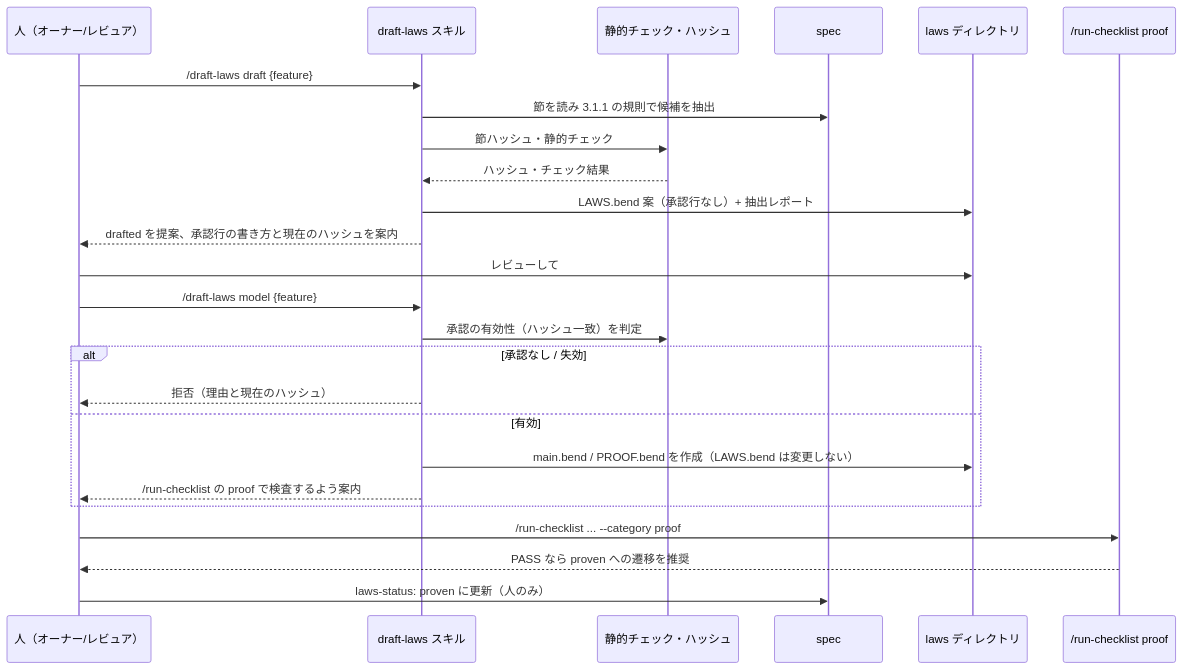
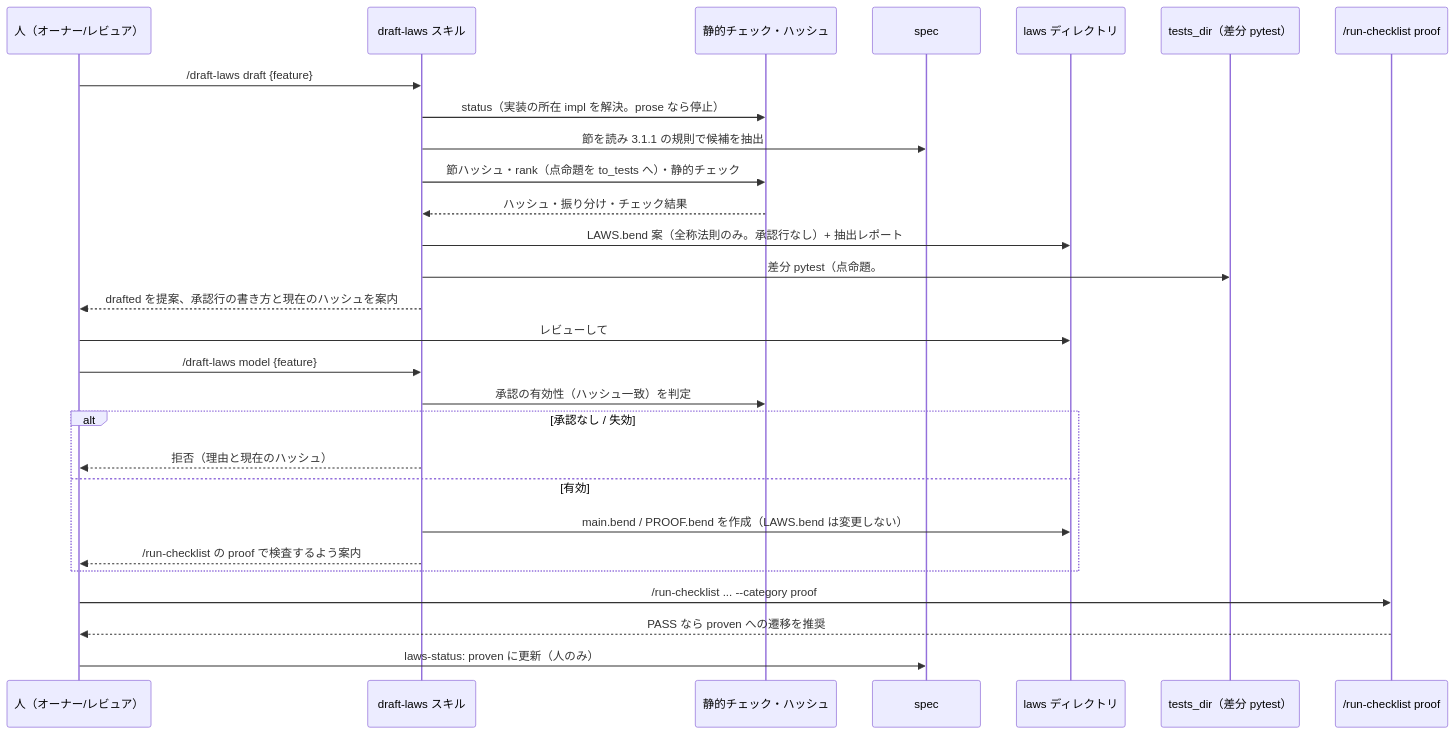
Before and after one commit to ToshikiImagawa/ai-sdd-workflow-dev: the diagram in .sdd/specification/task-implementation/laws-drafting_spec.md, drawn with Mermaid. The commit also changed other lines of this file and 27 other files, not shown here.

First line of the commit message:
[add] 点命題を差分 pytest に回し、prose 実装の spec を法則化から外す (#219)

````diff
--- a/.sdd/specification/task-implementation/laws-drafting_spec.md
+++ b/.sdd/specification/task-implementation/laws-drafting_spec.md
@@ -254,28 +321,31 @@
 ```mermaid
 sequenceDiagram
     participant Human as 人（オーナー/レビュア）
     participant Skill as draft-laws スキル
     participant Script as 静的チェック・ハッシュ
     participant Spec as spec
     participant Laws as laws ディレクトリ
+    participant Tests as tests_dir（差分 pytest）
     participant Gate as /run-checklist proof
 
     Human ->> Skill: /draft-laws draft {feature}
+    Skill ->> Script: status（実装の所在 impl を解決。prose なら停止）
     Skill ->> Spec: 節を読み 3.1.1 の規則で候補を抽出
-    Skill ->> Script: 節ハッシュ・静的チェック
-    Script -->> Skill: ハッシュ・チェック結果
-    Skill ->> Laws: LAWS.bend 案（承認行なし）+ 抽出レポート
+    Skill ->> Script: 節ハッシュ・rank（点命題を to_tests へ）・静的チェック
+    Script -->> Skill: ハッシュ・振り分け・チェック結果
+    Skill ->> Laws: LAWS.bend 案（全称法則のみ。承認行なし）+ 抽出レポート
+    Skill ->> Tests: 差分 pytest（点命題。# source: 付き）
     Skill -->> Human: drafted を提案、承認行の書き方と現在のハッシュを案内
     Human ->> Laws: レビューして # approved: を追記（approved）
     Human ->> Skill: /draft-laws model {feature}
     Skill ->> Script: 承認の有効性（ハッシュ一致）を判定
     alt 承認なし / 失効
         Skill -->> Human: 拒否（理由と現在のハッシュ）
     else 有効
         Skill ->> Laws: main.bend / PROOF.bend を作成（LAWS.bend は変更しない）
         Skill -->> Human: /run-checklist の proof で検査するよう案内
     end
     Human ->> Gate: /run-checklist ... --category proof
     Gate -->> Human: PASS なら proven への遷移を推奨
     Human ->> Spec: laws-status: proven に更新（人のみ）
 ```
````
